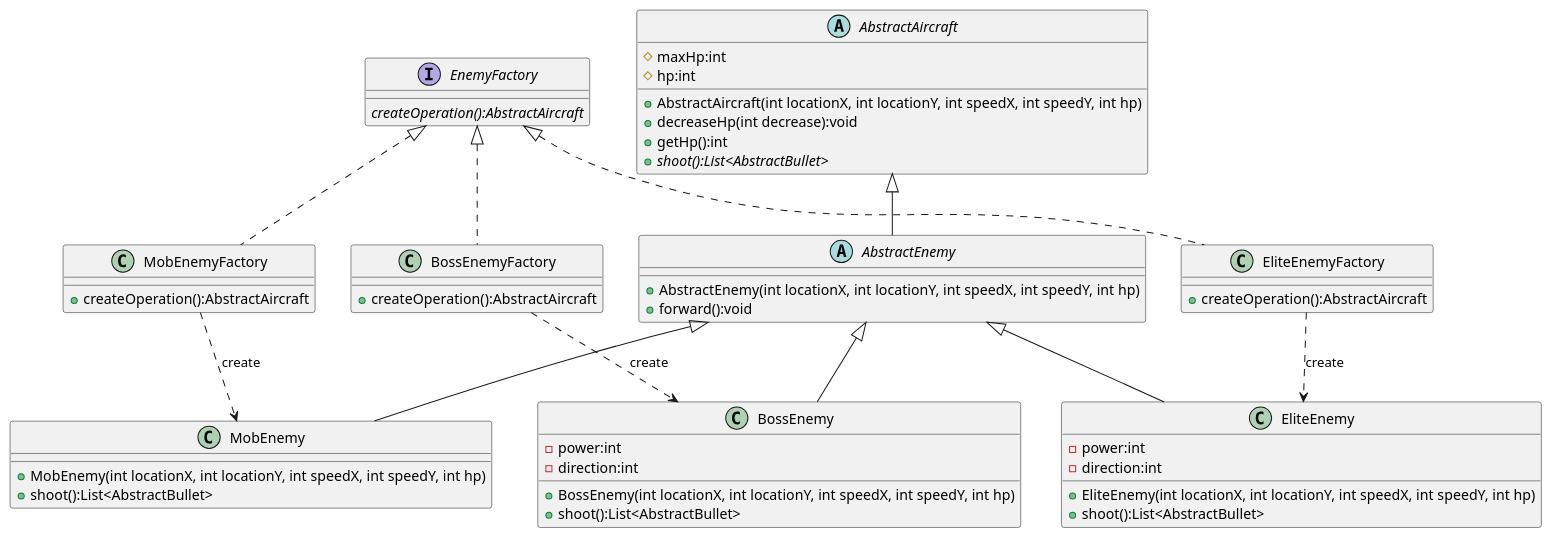
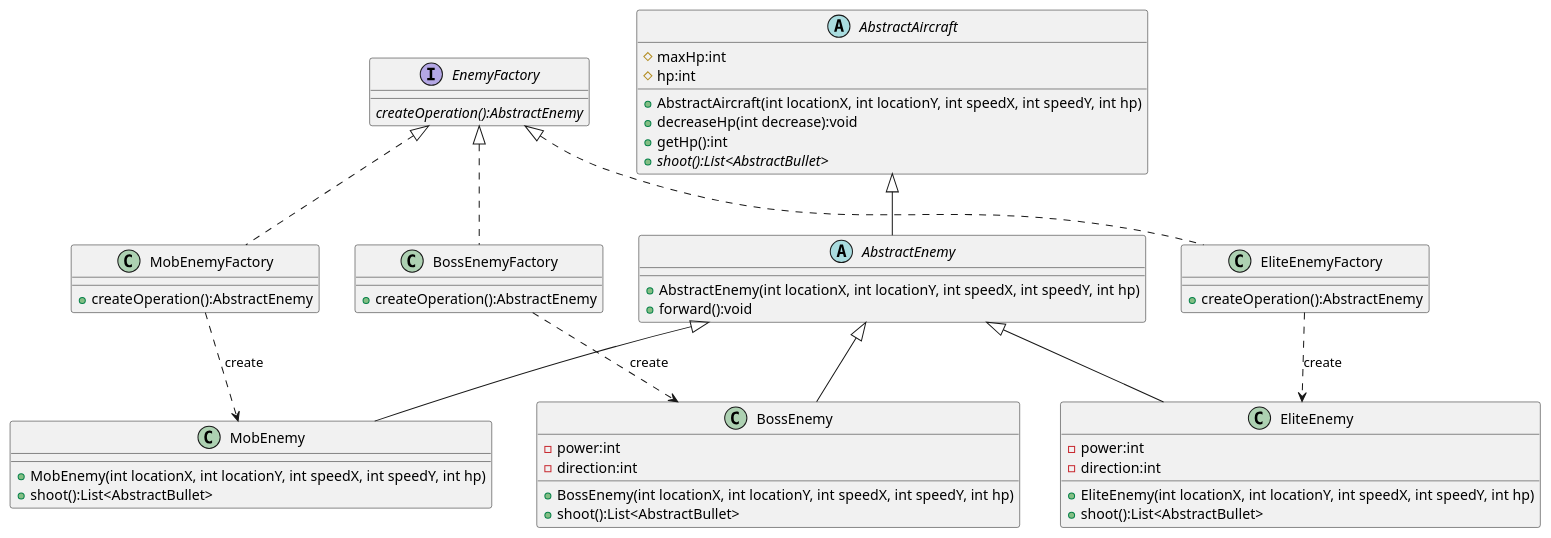
The diagram in uml/工厂-敌机.puml (DANNY-DOTS-CONNECTER/Java-course), drawn with PlantUML before and after one commit.

Commit message:
修改敌机工厂UML图返回类型

```diff
--- a/uml/工厂-敌机.puml
+++ b/uml/工厂-敌机.puml
@@ -1,65 +1,65 @@
 @startuml
 'https://plantuml.com/class-diagram
 
 interface EnemyFactory
 {
-    {abstract}createOperation():AbstractAircraft
+    {abstract}createOperation():AbstractEnemy
 }
 
 abstract class AbstractAircraft
 {
 	# maxHp:int
     # hp:int
     + AbstractAircraft(int locationX, int locationY, int speedX, int speedY, int hp)
     + decreaseHp(int decrease):void
     + getHp():int
     + {abstract} shoot():List<AbstractBullet>
  }
 
 class MobEnemyFactory implements EnemyFactory
 {
-    + createOperation():AbstractAircraft
+    + createOperation():AbstractEnemy
 }
 
 class EliteEnemyFactory implements EnemyFactory{
-    + createOperation():AbstractAircraft
+    + createOperation():AbstractEnemy
 }
 
 class BossEnemyFactory implements EnemyFactory{
-    + createOperation():AbstractAircraft
+    + createOperation():AbstractEnemy
 }
 
 class MobEnemy {
     + MobEnemy(int locationX, int locationY, int speedX, int speedY, int hp)
     + shoot():List<AbstractBullet>
 }
 
 class EliteEnemy{
     - power:int
     - direction:int
     + EliteEnemy(int locationX, int locationY, int speedX, int speedY, int hp)
     + shoot():List<AbstractBullet>
 }
 
 class BossEnemy{
     - power:int
     - direction:int
     + BossEnemy(int locationX, int locationY, int speedX, int speedY, int hp)
     + shoot():List<AbstractBullet>
 }
 
 abstract class AbstractEnemy{
     + AbstractEnemy(int locationX, int locationY, int speedX, int speedY, int hp)
     + forward():void
 }
 
 AbstractAircraft <|-- AbstractEnemy
 AbstractEnemy <|-- MobEnemy
 AbstractEnemy <|-- EliteEnemy
 AbstractEnemy <|-- BossEnemy
 BossEnemyFactory ..> BossEnemy: create
 EliteEnemyFactory ..> EliteEnemy : create
 MobEnemyFactory ..> MobEnemy : create
 
 
 @enduml
```
